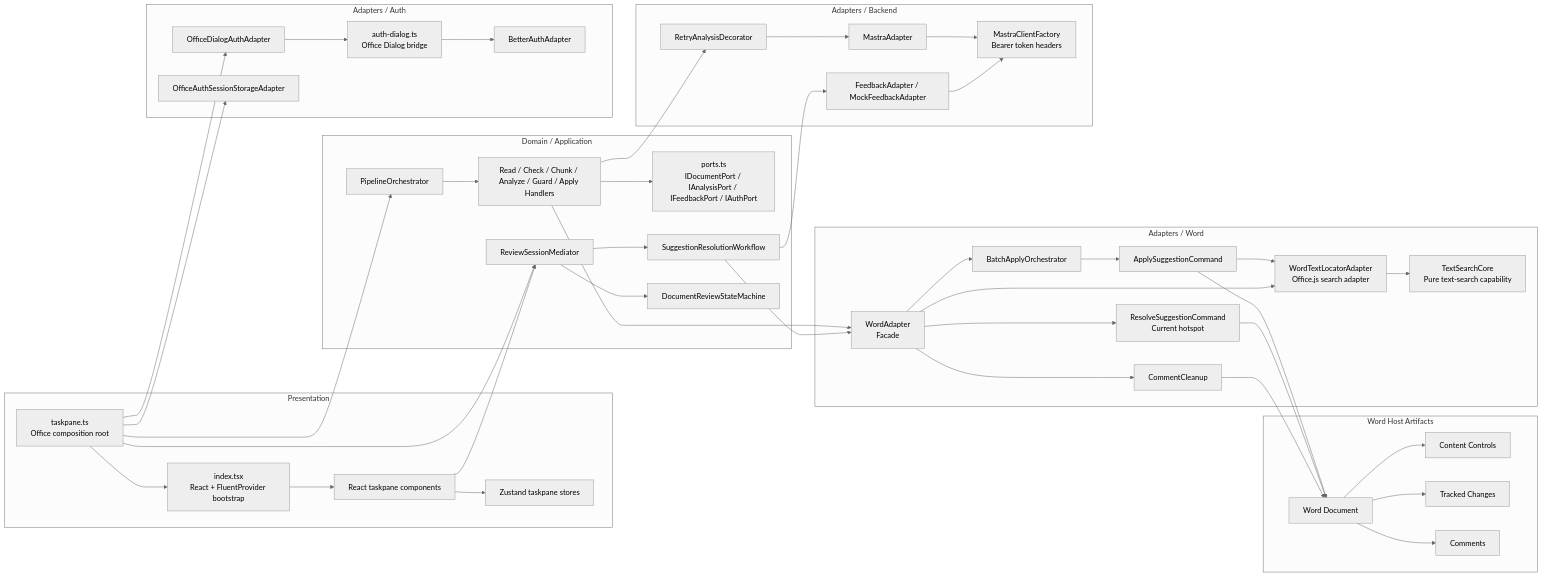
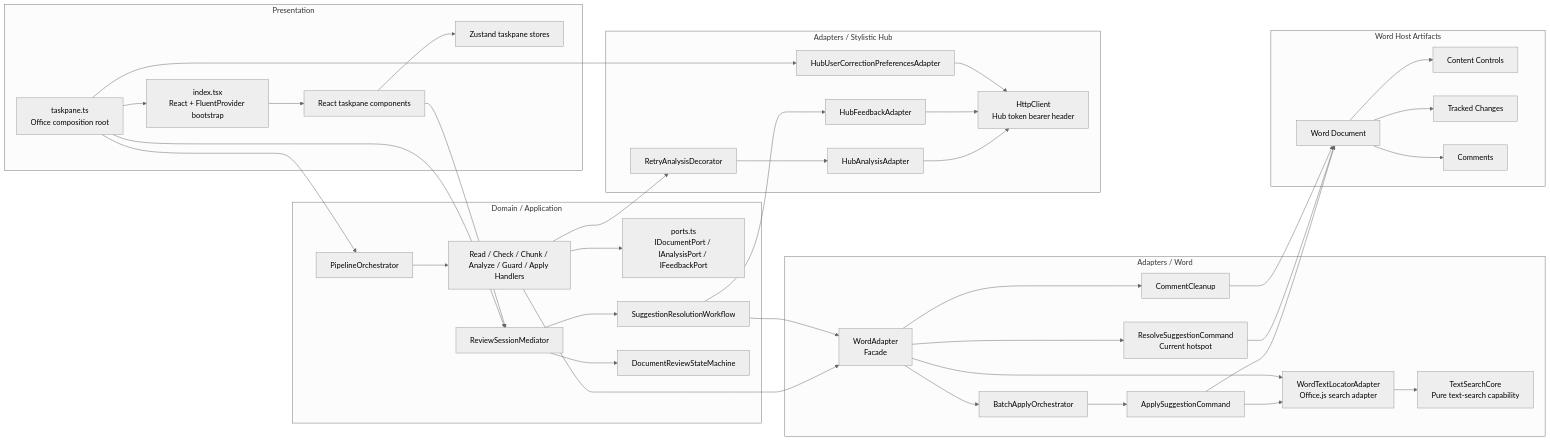
The first of 6 diagrams in docs/architecture.md (Disble/stylistic-addon), drawn with Mermaid (neutral theme) before and after one commit. The commit also changed other lines of this file and 8 other files, not shown here.

First line of the commit message:
docs: describe the Stylistic Hub API v1 integration

````diff
--- a/docs/architecture.md
+++ b/docs/architecture.md
@@ -207,7 +191,7 @@
   end
 
   subgraph DOMAIN["Domain / Application"]
-    PORTS["ports.ts\nIDocumentPort / IAnalysisPort / IFeedbackPort / IAuthPort"]
+    PORTS["ports.ts\nIDocumentPort / IAnalysisPort / IFeedbackPort"]
     PIPE["PipelineOrchestrator"]
     HANDLERS["Read / Check / Chunk / Analyze / Guard / Apply Handlers"]
     MED["ReviewSessionMediator"]
@@ -225,18 +209,12 @@
     CLEAN["CommentCleanup"]
   end
 
-  subgraph BACKEND["Adapters / Backend"]
-    MA["MastraAdapter"]
-    MCF["MastraClientFactory\nBearer token headers"]
+  subgraph BACKEND["Adapters / Stylistic Hub"]
+    MA["HubAnalysisAdapter"]
+    MCF["HttpClient\nHub token bearer header"]
     RETRY["RetryAnalysisDecorator"]
-    FB["FeedbackAdapter / MockFeedbackAdapter"]
-  end
-
-  subgraph AUTH["Adapters / Auth"]
-    BA["BetterAuthAdapter"]
-    ODA["OfficeDialogAuthAdapter"]
-    STORE["OfficeAuthSessionStorageAdapter"]
-    DIALOG["auth-dialog.ts\nOffice Dialog bridge"]
+    FB["HubFeedbackAdapter"]
+    PREF["HubUserCorrectionPreferencesAdapter"]
   end
 
   subgraph HOST["Word Host Artifacts"]
@@ -250,8 +228,7 @@
   IDX --> APP
   APP --> ZS
   TP --> PIPE
-  TP --> ODA
-  TP --> STORE
+  TP --> PREF
   PIPE --> HANDLERS
   HANDLERS --> PORTS
   HANDLERS --> WA
@@ -259,6 +236,7 @@
   RETRY --> MA
   MA --> MCF
   FB --> MCF
+  PREF --> MCF
 
   TP --> MED
   APP --> MED
@@ -282,6 +260,4 @@
   DOC --> TC
   DOC --> COM
 
-  ODA --> DIALOG
-  DIALOG --> BA
 ```
````
